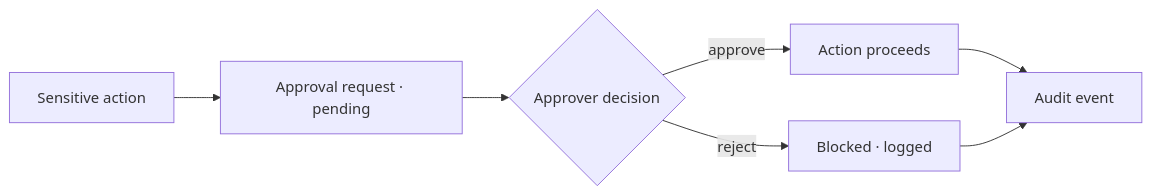
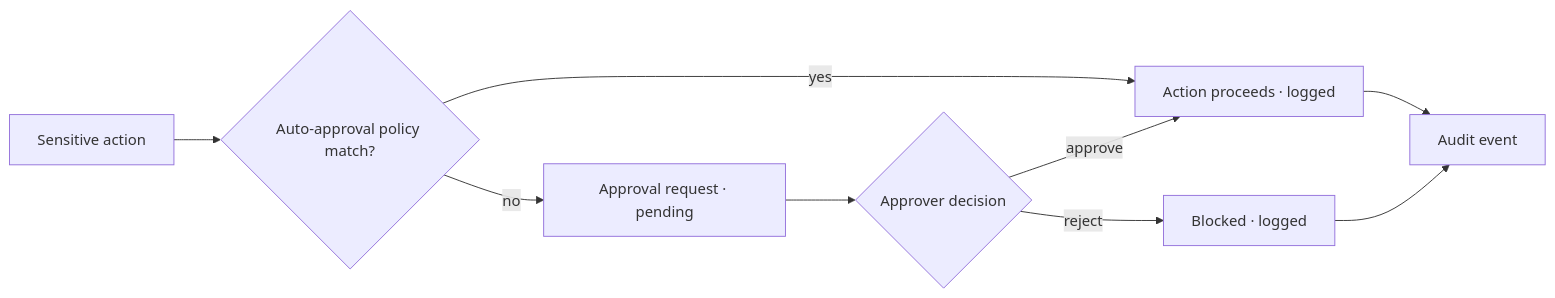
The diagram in docs/governance/approvals.mdx (avs6/runledger-community), drawn with Mermaid before and after one commit. The commit also changed other lines of this file and 23 other files, not shown here.

````diff
--- a/docs/governance/approvals.mdx
+++ b/docs/governance/approvals.mdx
@@ -22,8 +23,10 @@
 ```mermaid
 flowchart LR
-  act[Sensitive action] --> req[Approval request · pending]
+  act[Sensitive action] --> check{Auto-approval policy match?}
+  check -- yes --> exec[Action proceeds · logged]
+  check -- no --> req[Approval request · pending]
   req --> review{Approver decision}
-  review -- approve --> exec[Action proceeds]
+  review -- approve --> exec
   review -- reject --> stop[Blocked · logged]
   exec & stop --> audit[Audit event]
 ```
````
